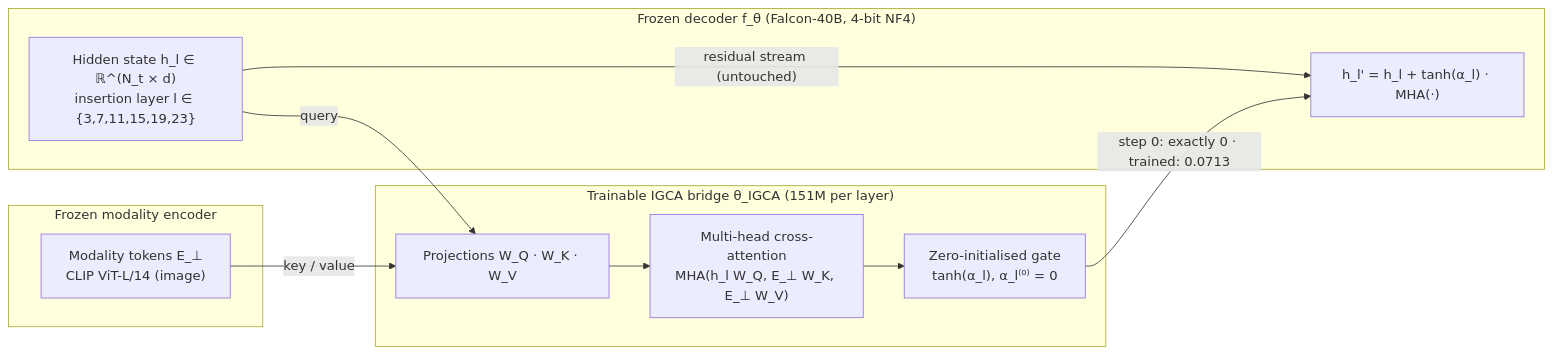
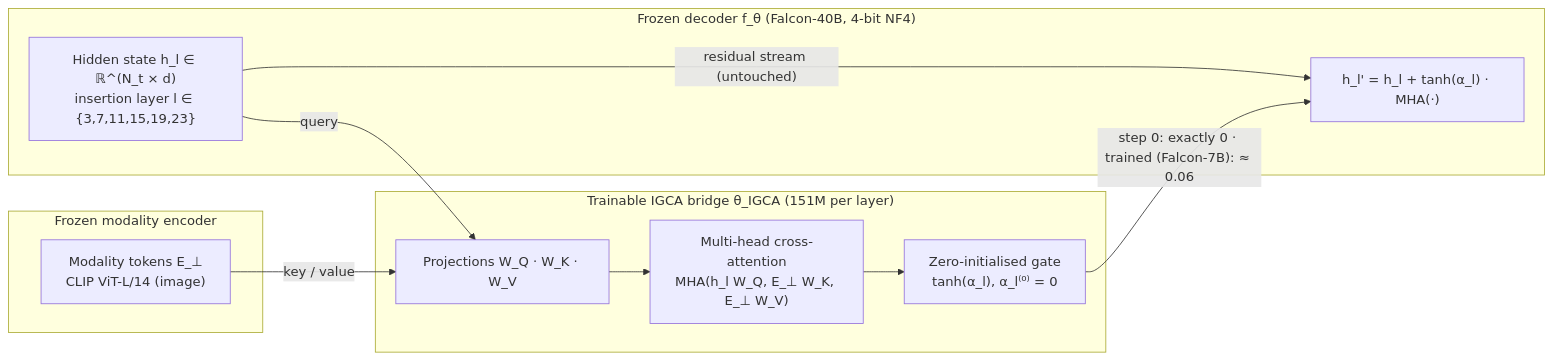
The first of 3 diagrams in README.md (Basavarajearlybird/IGCA-Zero-Gated-Cross-Attention), drawn with Mermaid before and after one commit. The commit also changed other lines of this file, not shown here.

````diff
--- a/README.md
+++ b/README.md
@@ -45,23 +45,23 @@
 ```mermaid
 flowchart LR
     subgraph FrozenBackbone["Frozen decoder f_θ (Falcon-40B, 4-bit NF4)"]
         H_in["Hidden state h_l ∈ ℝ^(N_t × d)<br/>insertion layer l ∈ {3,7,11,15,19,23}"]
         H_out["h_l' = h_l + tanh(α_l) · MHA(·)"]
     end
 
     subgraph ModalityStream["Frozen modality encoder"]
         E_perp["Modality tokens E_⊥<br/>CLIP ViT-L/14 (image)"]
     end
 
     subgraph IGCABridge["Trainable IGCA bridge θ_IGCA (151M per layer)"]
         Proj["Projections W_Q · W_K · W_V"]
         MHA["Multi-head cross-attention<br/>MHA(h_l W_Q, E_⊥ W_K, E_⊥ W_V)"]
         Gate["Zero-initialised gate<br/>tanh(α_l), α_l⁽⁰⁾ = 0"]
     end
 
     H_in -->|"query"| Proj
     E_perp -->|"key / value"| Proj
     Proj --> MHA --> Gate
     H_in -->|"residual stream (untouched)"| H_out
-    Gate -->|"step 0: exactly 0 · trained: 0.0713"| H_out
+    Gate -->|"step 0: exactly 0 · trained (Falcon-7B): ≈ 0.06"| H_out
 ```
````
